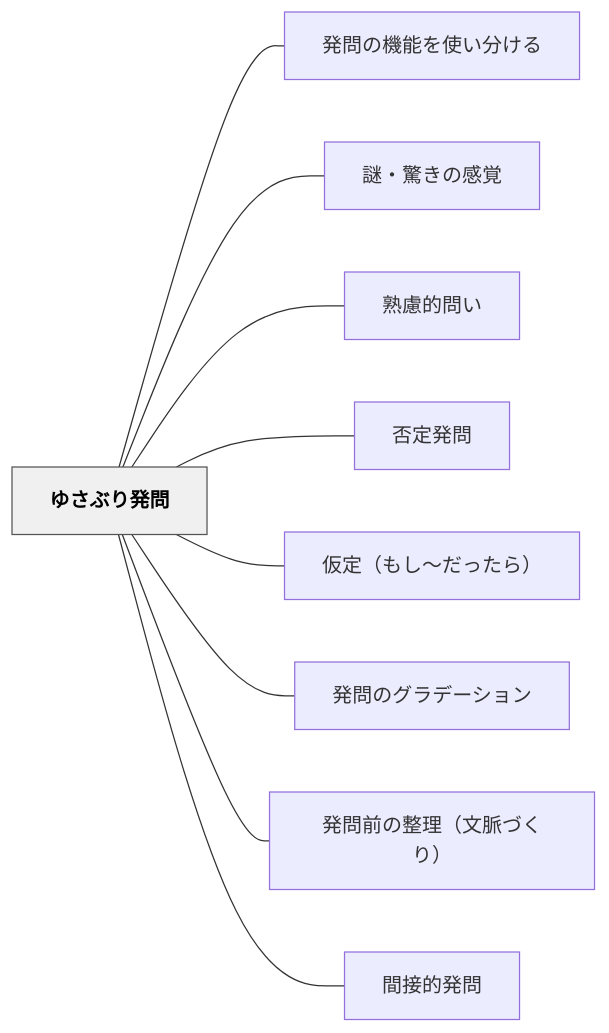
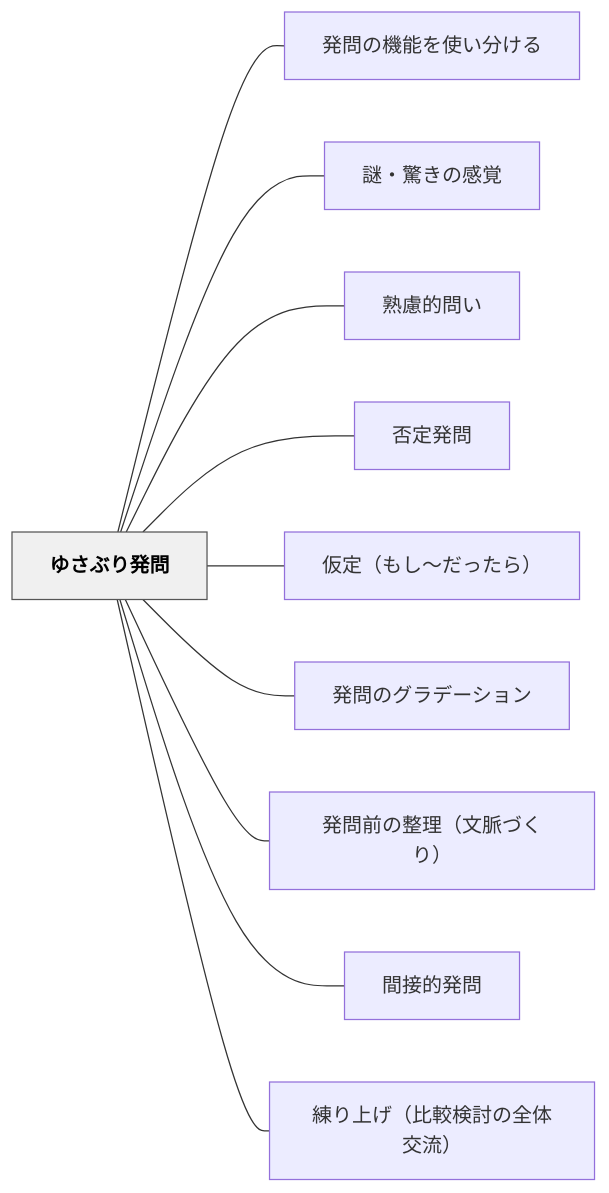
One commit to unknownthings-ed-patterns/unknownthings-ed-patterns changed the diagram in content/パタン/ゆさぶり発問.md. Above: the diagram before and after it, drawn with Mermaid. The commit also changed other lines of this file and 84 other files, not shown here.

````diff
--- a/content/パタン/ゆさぶり発問.md
+++ b/content/パタン/ゆさぶり発問.md
@@ -58,24 +61,26 @@
 ```mermaid
 flowchart LR
     ne38286e38195e381b6e3828ae799bae5958f["ゆさぶり発問"]
     ne799bae5958fe381aee6a99fe883bde38292e4bdbfe38184e58886e38191e3828b["発問の機能を使い分ける"]
     ne8ac8ee383bbe9a99ae3818de381aee6849fe8a69a["謎・驚きの感覚"]
     ne7869fe685aee79a84e5958fe38184["熟慮的問い"]
     ne590a6e5ae9ae799bae5958f["否定発問"]
     ne4bbaee5ae9aefbc88e38282e38197e3809ce381a0e381a3e3819fe38289efbc89["仮定（もし〜だったら）"]
     ne799bae5958fe381aee382b0e383a9e38387e383bce382b7e383a7e383b3["発問のグラデーション"]
     ne799bae5958fe5898de381aee695b4e79086efbc88e69687e88488e381a5e3818fe3828aefbc89["発問前の整理（文脈づくり）"]
     ne99693e68ea5e79a84e799bae5958f["間接的発問"]
+    ne7b7b4e3828ae4b88ae38192efbc88e6af94e8bc83e6a49ce8a88ee381aee585a8e4bd93e4baa4e6b581efbc89["練り上げ（比較検討の全体交流）"]
 
     ne38286e38195e381b6e3828ae799bae5958f --- ne799bae5958fe381aee6a99fe883bde38292e4bdbfe38184e58886e38191e3828b
     ne38286e38195e381b6e3828ae799bae5958f --- ne8ac8ee383bbe9a99ae3818de381aee6849fe8a69a
     ne38286e38195e381b6e3828ae799bae5958f --- ne7869fe685aee79a84e5958fe38184
     ne38286e38195e381b6e3828ae799bae5958f --- ne590a6e5ae9ae799bae5958f
     ne38286e38195e381b6e3828ae799bae5958f --- ne4bbaee5ae9aefbc88e38282e38197e3809ce381a0e381a3e3819fe38289efbc89
     ne38286e38195e381b6e3828ae799bae5958f --- ne799bae5958fe381aee382b0e383a9e38387e383bce382b7e383a7e383b3
     ne38286e38195e381b6e3828ae799bae5958f --- ne799bae5958fe5898de381aee695b4e79086efbc88e69687e88488e381a5e3818fe3828aefbc89
     ne38286e38195e381b6e3828ae799bae5958f --- ne99693e68ea5e79a84e799bae5958f
+    ne38286e38195e381b6e3828ae799bae5958f --- ne7b7b4e3828ae4b88ae38192efbc88e6af94e8bc83e6a49ce8a88ee381aee585a8e4bd93e4baa4e6b581efbc89
 
     classDef hub fill:#f0f0f0,stroke:#555,color:#000,font-weight:bold
     class ne38286e38195e381b6e3828ae799bae5958f hub
 ```
````
